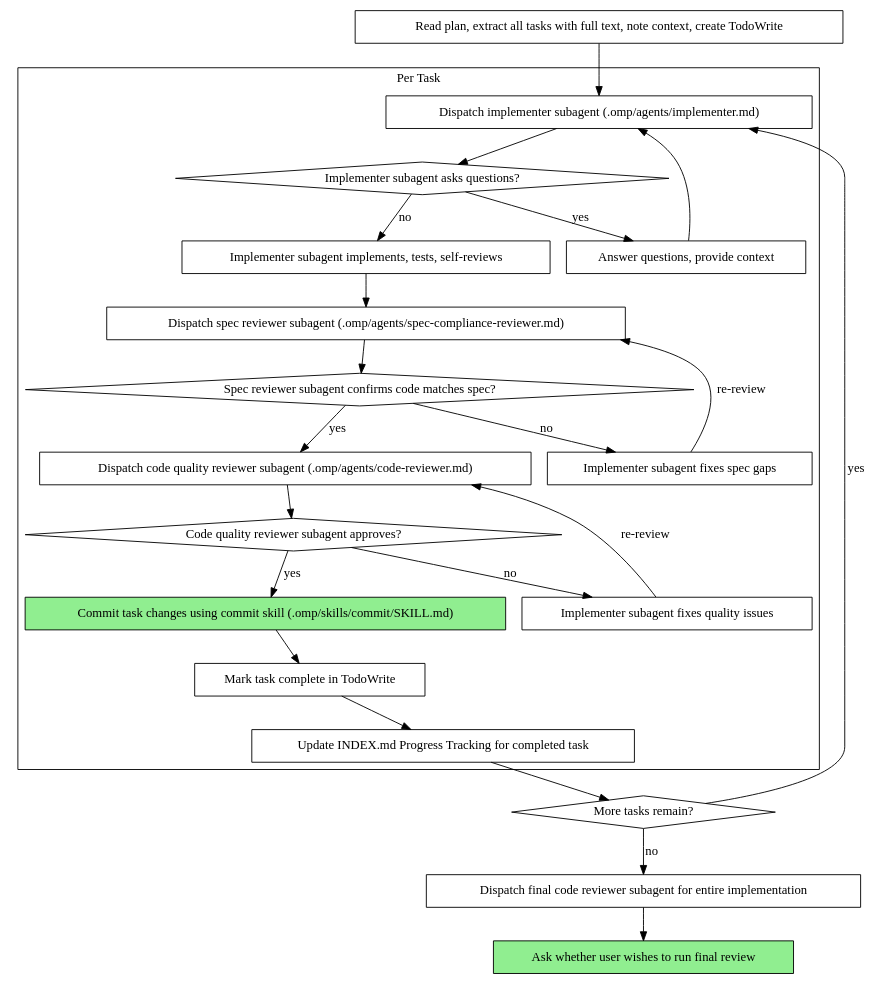
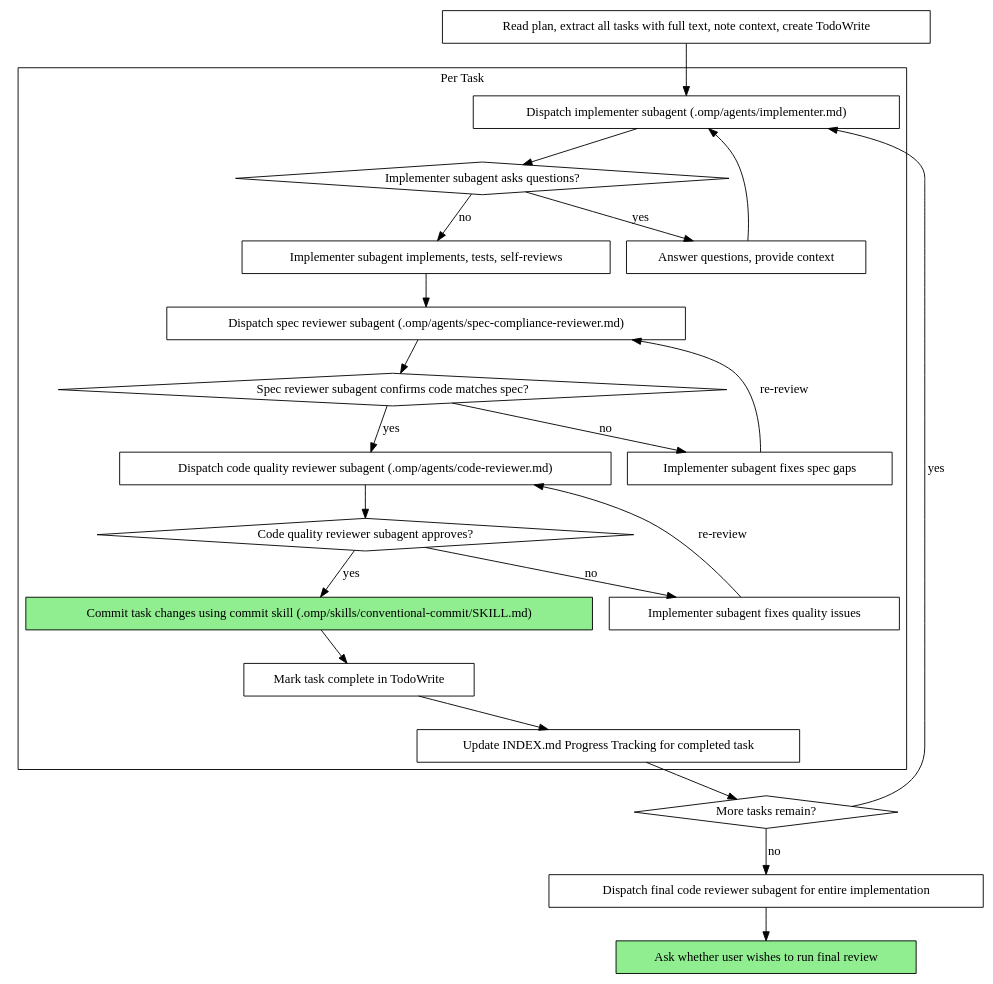
Before and after one commit to JG1995/fm-valuescout: the second of 2 diagrams in .omp/skills/execute-plan/SKILL.md, drawn with Graphviz. The commit also changed other lines of this file and 5 other files, not shown here.

````diff
--- a/.omp/skills/execute-plan/SKILL.md
+++ b/.omp/skills/execute-plan/SKILL.md
@@ -40,48 +40,48 @@
 ```dot
 digraph process {
     rankdir=TB;
 
     subgraph cluster_per_task {
         label="Per Task";
         "Dispatch implementer subagent (.omp/agents/implementer.md)" [shape=box];
         "Implementer subagent asks questions?" [shape=diamond];
         "Answer questions, provide context" [shape=box];
         "Implementer subagent implements, tests, self-reviews" [shape=box];
         "Dispatch spec reviewer subagent (.omp/agents/spec-compliance-reviewer.md)" [shape=box];
         "Spec reviewer subagent confirms code matches spec?" [shape=diamond];
         "Implementer subagent fixes spec gaps" [shape=box];
         "Dispatch code quality reviewer subagent (.omp/agents/code-reviewer.md)" [shape=box];
         "Code quality reviewer subagent approves?" [shape=diamond];
         "Implementer subagent fixes quality issues" [shape=box];
-        "Commit task changes using commit skill (.omp/skills/commit/SKILL.md)" [shape=box style=filled fillcolor=lightgreen];
+        "Commit task changes using commit skill (.omp/skills/conventional-commit/SKILL.md)" [shape=box style=filled fillcolor=lightgreen];
         "Mark task complete in TodoWrite" [shape=box];
         "Update INDEX.md Progress Tracking for completed task" [shape=box];
     }
 
     "Read plan, extract all tasks with full text, note context, create TodoWrite" [shape=box];
     "More tasks remain?" [shape=diamond];
     "Dispatch final code reviewer subagent for entire implementation" [shape=box];
     "Ask whether user wishes to run final review" [shape=box style=filled fillcolor=lightgreen];
 
     "Read plan, extract all tasks with full text, note context, create TodoWrite" -> "Dispatch implementer subagent (.omp/agents/implementer.md)";
     "Dispatch implementer subagent (.omp/agents/implementer.md)" -> "Implementer subagent asks questions?";
     "Implementer subagent asks questions?" -> "Answer questions, provide context" [label="yes"];
     "Answer questions, provide context" -> "Dispatch implementer subagent (.omp/agents/implementer.md)";
     "Implementer subagent asks questions?" -> "Implementer subagent implements, tests, self-reviews" [label="no"];
     "Implementer subagent implements, tests, self-reviews" -> "Dispatch spec reviewer subagent (.omp/agents/spec-compliance-reviewer.md)";
     "Dispatch spec reviewer subagent (.omp/agents/spec-compliance-reviewer.md)" -> "Spec reviewer subagent confirms code matches spec?";
     "Spec reviewer subagent confirms code matches spec?" -> "Implementer subagent fixes spec gaps" [label="no"];
     "Implementer subagent fixes spec gaps" -> "Dispatch spec reviewer subagent (.omp/agents/spec-compliance-reviewer.md)" [label="re-review"];
     "Spec reviewer subagent confirms code matches spec?" -> "Dispatch code quality reviewer subagent (.omp/agents/code-reviewer.md)" [label="yes"];
     "Dispatch code quality reviewer subagent (.omp/agents/code-reviewer.md)" -> "Code quality reviewer subagent approves?";
     "Code quality reviewer subagent approves?" -> "Implementer subagent fixes quality issues" [label="no"];
     "Implementer subagent fixes quality issues" -> "Dispatch code quality reviewer subagent (.omp/agents/code-reviewer.md)" [label="re-review"];
-    "Code quality reviewer subagent approves?" -> "Commit task changes using commit skill (.omp/skills/commit/SKILL.md)" [label="yes"];
-    "Commit task changes using commit skill (.omp/skills/commit/SKILL.md)" -> "Mark task complete in TodoWrite";
+    "Code quality reviewer subagent approves?" -> "Commit task changes using commit skill (.omp/skills/conventional-commit/SKILL.md)" [label="yes"];
+    "Commit task changes using commit skill (.omp/skills/conventional-commit/SKILL.md)" -> "Mark task complete in TodoWrite";
     "Mark task complete in TodoWrite" -> "Update INDEX.md Progress Tracking for completed task";
     "Update INDEX.md Progress Tracking for completed task" -> "More tasks remain?";
     "More tasks remain?" -> "Dispatch implementer subagent (.omp/agents/implementer.md)" [label="yes"];
     "More tasks remain?" -> "Dispatch final code reviewer subagent for entire implementation" [label="no"];
     "Dispatch final code reviewer subagent for entire implementation" -> "Ask whether user wishes to run final review";
 }
 ```
````
